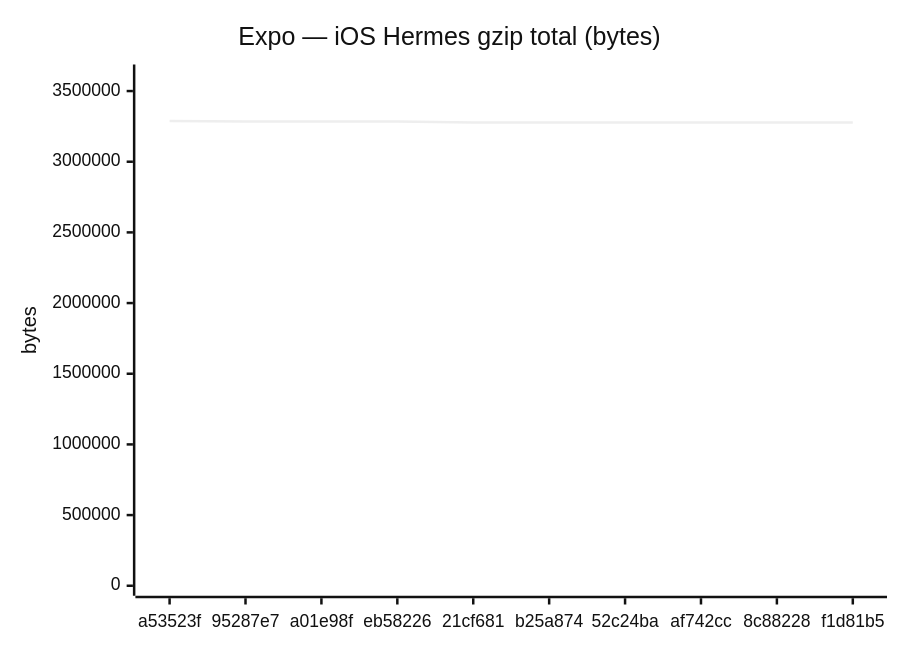
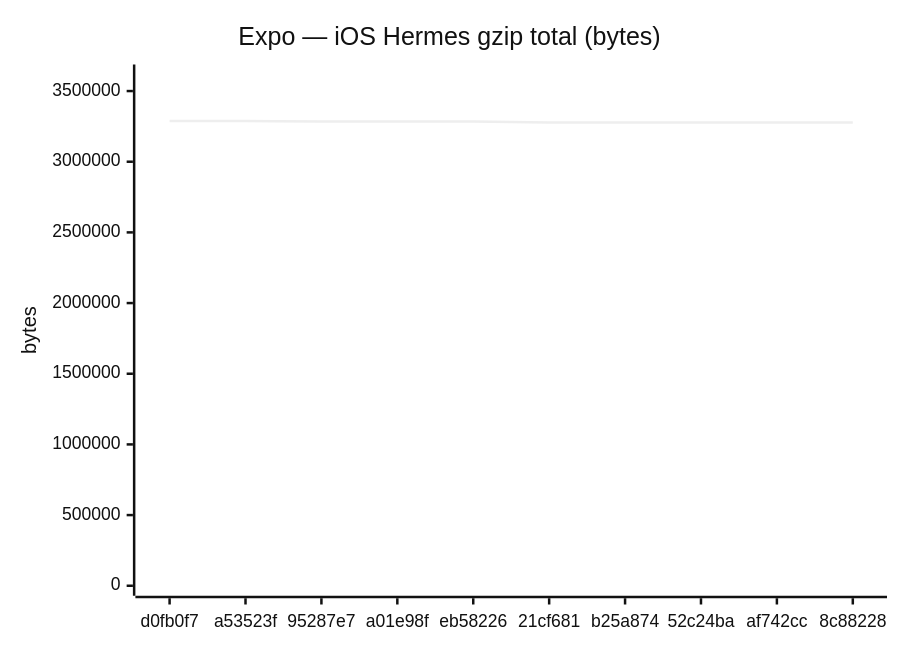
One commit to Metaheurist/Rianell changed the sixth of 18 diagrams in benchmarks/compare.md. Above: the diagram before and after it, drawn with Mermaid (neutral theme). The commit also changed other lines of this file and 11 other files, not shown here.

````diff
--- a/benchmarks/compare.md
+++ b/benchmarks/compare.md
@@ -96,7 +96,7 @@
 ```mermaid
 xychart-beta
     title "Expo — iOS Hermes gzip total (bytes)"
-    x-axis ["a53523f", "95287e7", "a01e98f", "eb58226", "21cf681", "b25a874", "52c24ba", "af742cc", "8c88228", "f1d81b5"]
-    y-axis "bytes" 0 --> 3617098
-    line [3288270, 3283767, 3283770, 3283769, 3278198, 3278199, 3278191, 3278197, 3277689, 3278200]
+    x-axis ["d0fb0f7", "a53523f", "95287e7", "a01e98f", "eb58226", "21cf681", "b25a874", "52c24ba", "af742cc", "8c88228"]
+    y-axis "bytes" 0 --> 3617100
+    line [3288272, 3288270, 3283767, 3283770, 3283769, 3278198, 3278199, 3278191, 3278197, 3277689]
 ```
````
